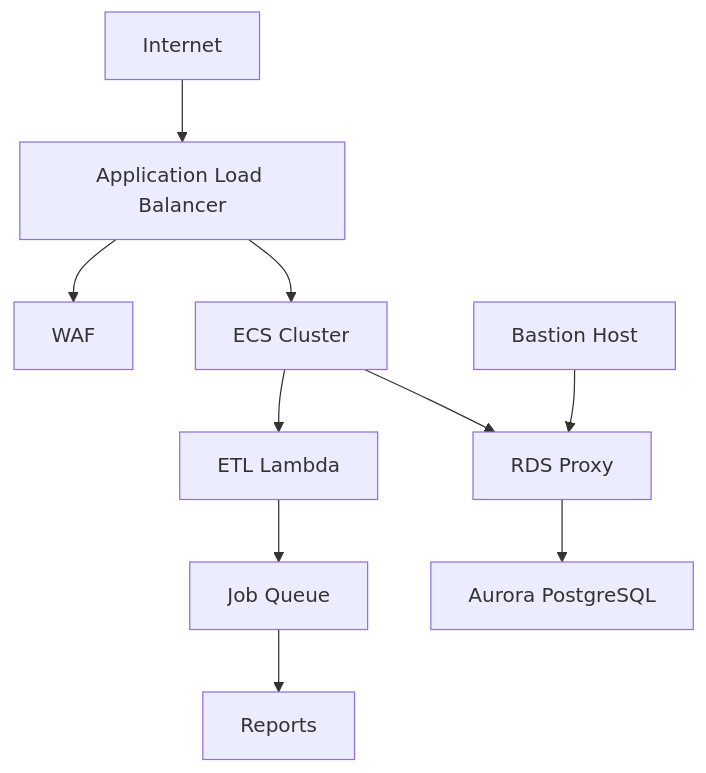
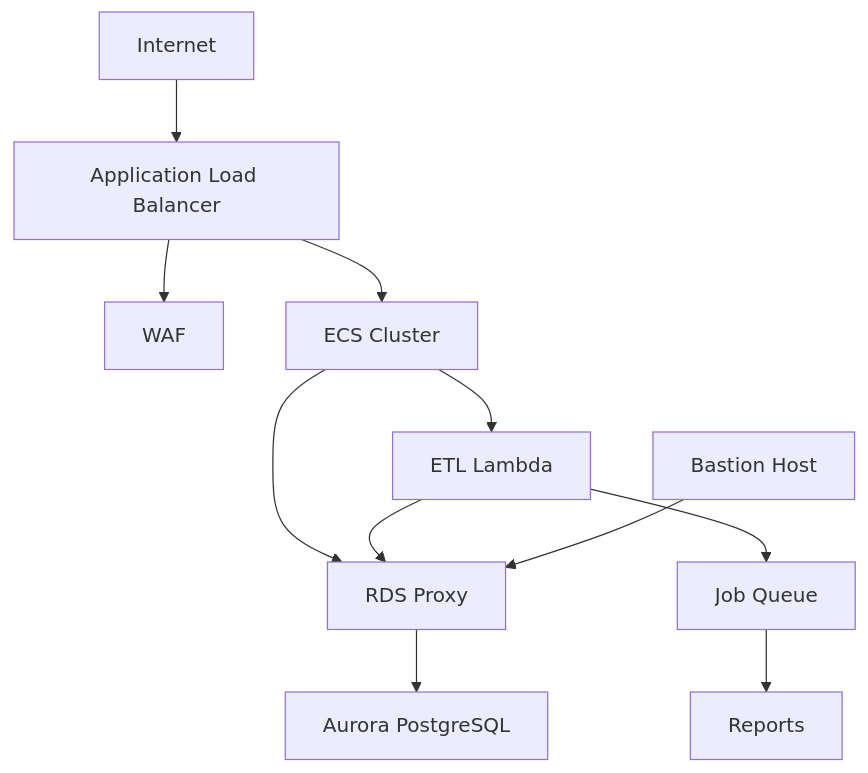
The diagram in README.md (malfarom29/capstone-rh), drawn with Mermaid before and after one commit.

````diff
--- a/README.md
+++ b/README.md
@@ -131,12 +131,13 @@
 ```mermaid
 graph TD
     Internet[Internet] --> ALB[Application Load Balancer]
     ALB --> WAF[WAF]
     ALB --> ECS[ECS Cluster]
     ECS --> RDSProxy[RDS Proxy]
     ECS --> Lambda[ETL Lambda]
     Lambda --> SQS[Job Queue]
+    Lambda --> RDSProxy
     SQS --> S3[Reports]
     RDSProxy --> Aurora[Aurora PostgreSQL]
     Bastion[Bastion Host] --> RDSProxy
 ```
````
